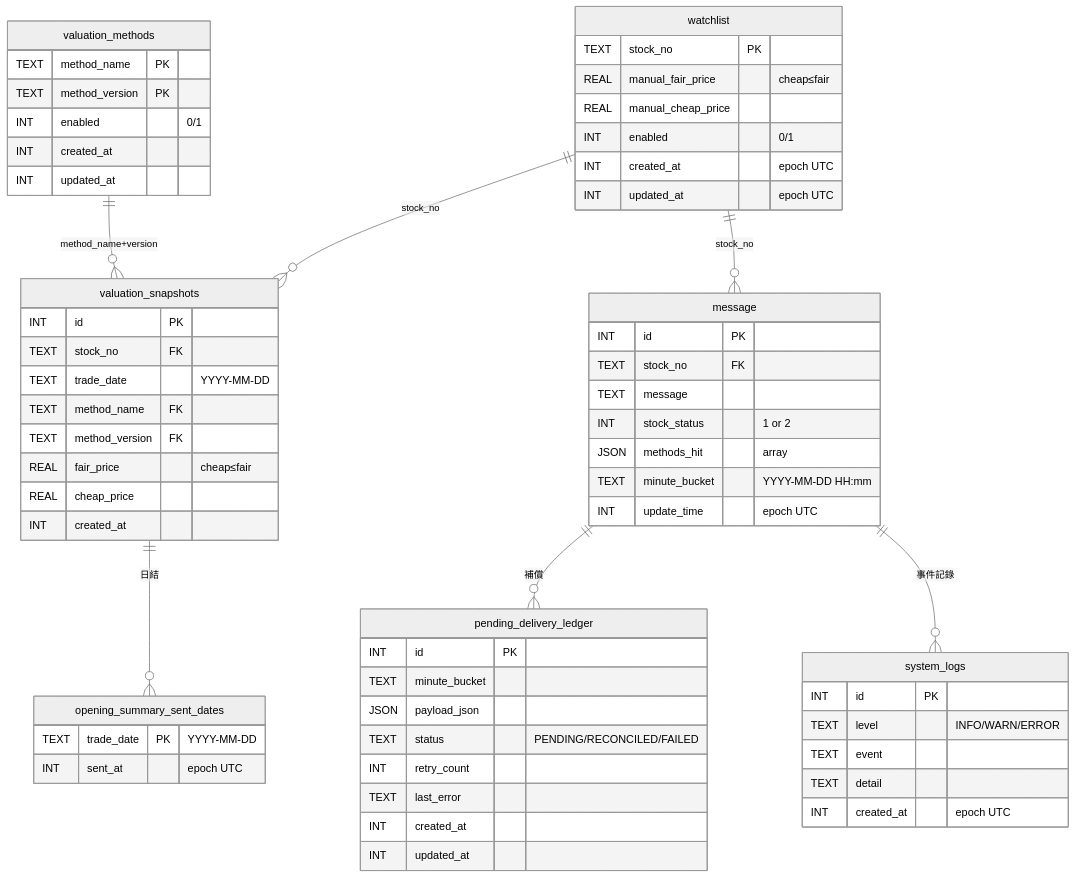
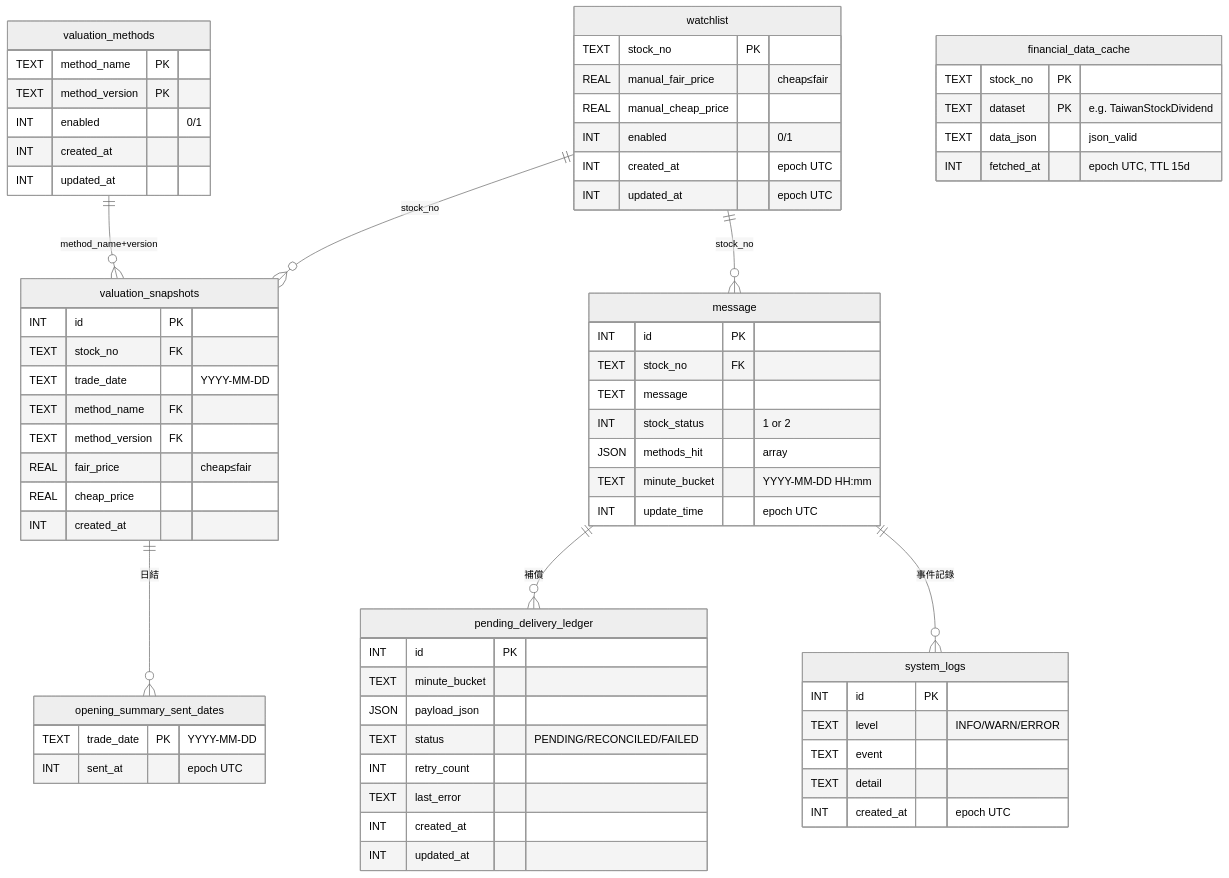
The first of 2 diagrams in docs/architecture/diagrams/06-data-model.md (ibalasite/stock_monitor), drawn with Mermaid (neutral theme) before and after one commit. The commit also changed other lines of this file and 15 other files, not shown here.

First line of the commit message:
feat(diagrams): FR-19 + financial_data_cache 架構圖產出並接入 edd.html

````diff
--- a/docs/architecture/diagrams/06-data-model.md
+++ b/docs/architecture/diagrams/06-data-model.md
@@ -9,66 +9,72 @@
 ```mermaid
 %%{init: {"er": {"layoutDirection": "TB"}} }%%
 erDiagram
     watchlist {
         TEXT stock_no PK
         REAL manual_fair_price "cheap≤fair"
         REAL manual_cheap_price
         INT  enabled "0/1"
         INT  created_at "epoch UTC"
         INT  updated_at "epoch UTC"
     }
     valuation_methods {
         TEXT method_name PK
         TEXT method_version PK
         INT  enabled "0/1"
         INT  created_at
         INT  updated_at
     }
     valuation_snapshots {
         INT  id PK
         TEXT stock_no FK
         TEXT trade_date "YYYY-MM-DD"
         TEXT method_name FK
         TEXT method_version FK
         REAL fair_price "cheap≤fair"
         REAL cheap_price
         INT  created_at
     }
     message {
         INT  id PK
         TEXT stock_no FK
         TEXT message
         INT  stock_status "1 or 2"
         JSON methods_hit "array"
         TEXT minute_bucket "YYYY-MM-DD HH:mm"
         INT  update_time "epoch UTC"
     }
     pending_delivery_ledger {
         INT  id PK
         TEXT minute_bucket
         JSON payload_json
         TEXT status "PENDING/RECONCILED/FAILED"
         INT  retry_count
         TEXT last_error
         INT  created_at
         INT  updated_at
     }
     system_logs {
         INT  id PK
         TEXT level "INFO/WARN/ERROR"
         TEXT event
         TEXT detail
         INT  created_at "epoch UTC"
     }
     opening_summary_sent_dates {
         TEXT trade_date PK "YYYY-MM-DD"
         INT  sent_at "epoch UTC"
     }
+    financial_data_cache {
+        TEXT stock_no PK
+        TEXT dataset PK "e.g. TaiwanStockDividend"
+        TEXT data_json "json_valid"
+        INT  fetched_at "epoch UTC, TTL 15d"
+    }
 
     watchlist ||--o{ valuation_snapshots : "stock_no"
     watchlist ||--o{ message : "stock_no"
     valuation_methods ||--o{ valuation_snapshots : "method_name+version"
     message ||--o{ pending_delivery_ledger : "補償"
     message ||--o{ system_logs : "事件記錄"
     valuation_snapshots ||--o{ opening_summary_sent_dates : "日結"
 ```
````
